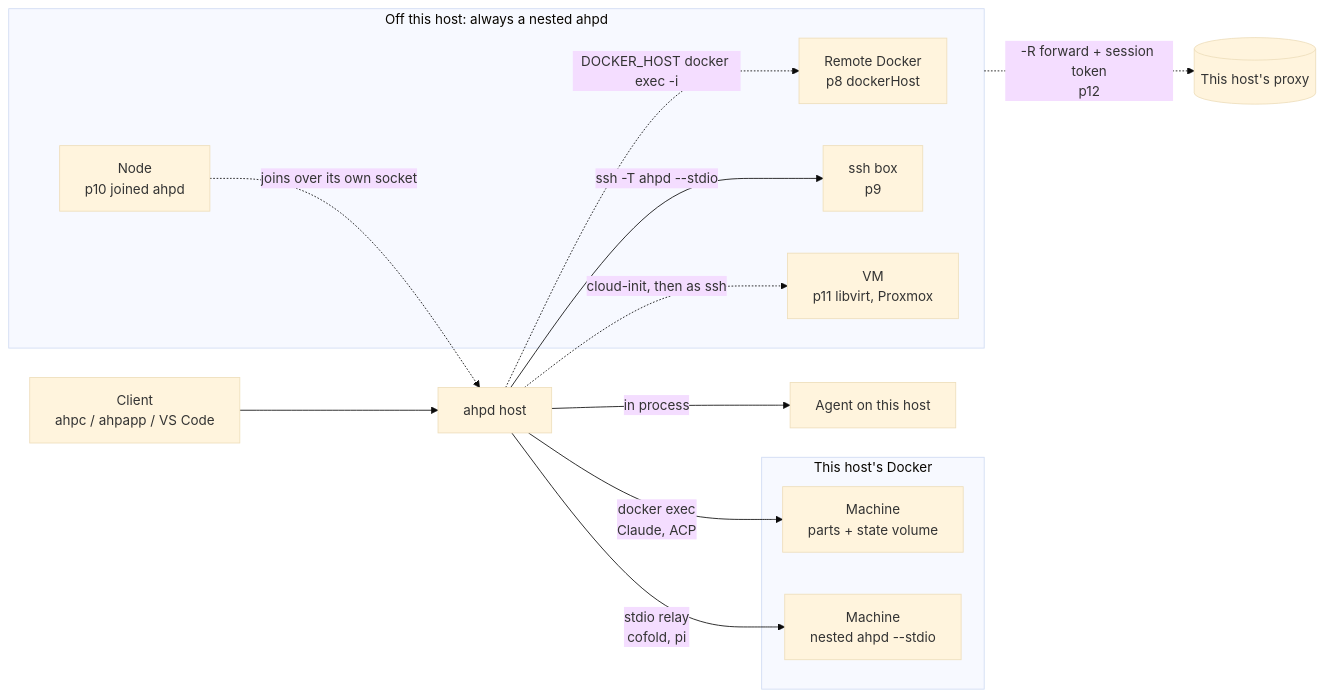
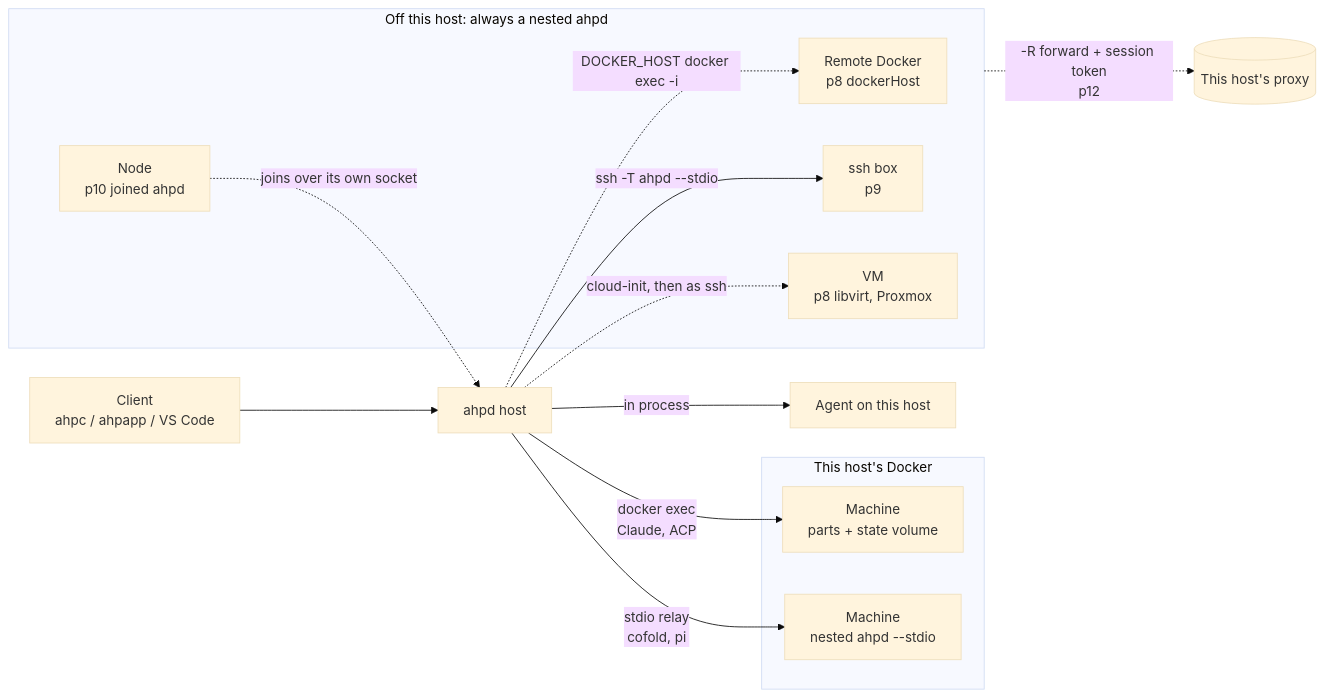
The first of 4 diagrams in .project/diagrams/computers.md (MayCXC/ahpd), drawn with Mermaid (base theme) before and after one commit. The commit also changed other lines of this file and 65 other files, not shown here.

````diff
--- a/.project/diagrams/computers.md
+++ b/.project/diagrams/computers.md
@@ -30,22 +30,22 @@
 ```mermaid
 flowchart LR
   C[Client<br/>ahpc / ahpapp / VS Code] --> H[ahpd host]
   H -->|in process| A0[Agent on this host]
   subgraph L[This host's Docker]
     M1[Machine<br/>parts + state volume]
     M2[Machine<br/>nested ahpd --stdio]
   end
   H -->|docker exec<br/>Claude, ACP| M1
   H -->|stdio relay<br/>cofold, pi| M2
   subgraph R[Off this host: always a nested ahpd]
     D[Remote Docker<br/>p8 dockerHost]
     S[ssh box<br/>p9]
-    V[VM<br/>p11 libvirt, Proxmox]
+    V[VM<br/>p8 libvirt, Proxmox]
     N[Node<br/>p10 joined ahpd]
   end
   H -.->|DOCKER_HOST docker exec -i| D
   H -->|ssh -T ahpd --stdio| S
   H -.->|cloud-init, then as ssh| V
   N -.->|joins over its own socket| H
   R -.->|-R forward + session token<br/>p12| P[(This host's proxy)]
 ```
````
